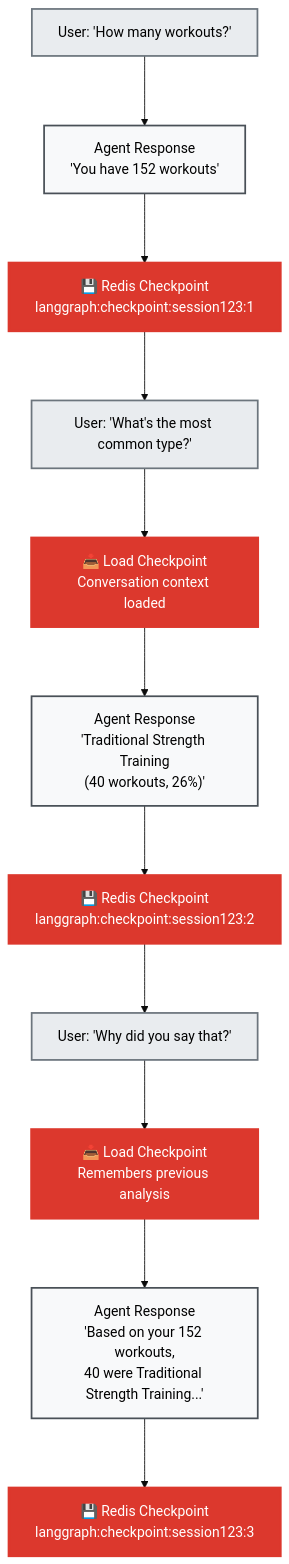
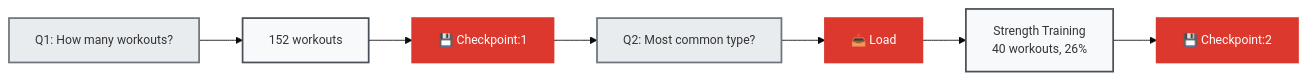
Before and after one commit to AllieRays/redis-wellness: the third of 3 diagrams in docs/SLIDE_MATERIAL.md, drawn with Mermaid.

````diff
--- a/docs/SLIDE_MATERIAL.md
+++ b/docs/SLIDE_MATERIAL.md
@@ -88,40 +88,18 @@
 ```mermaid
-%%{init: {'theme':'base', 'themeVariables': { 'fontSize':'16px', 'edgeLabelBackground':'#f8f9fa'}, 'flowchart': {'rankSpacing': 80, 'nodeSpacing': 40}}}%%
-flowchart TB
-    User["User: 'How many workouts?'"]
-    Agent1["Agent Response<br/>'You have 152 workouts'"]
-    Checkpoint1["💾 Redis Checkpoint<br/>langgraph:checkpoint:session123:1"]
+%%{init: {'theme':'base', 'themeVariables': { 'fontSize':'14px'}, 'flowchart': {'rankSpacing': 50, 'nodeSpacing': 30}}}%%
+flowchart LR
+    User1["Q1: How many workouts?"] --> Agent1["152 workouts"]
+    Agent1 --> CP1["💾 Checkpoint:1"]
+    CP1 --> User2["Q2: Most common type?"]
+    User2 --> Load1["📥 Load"]
+    Load1 --> Agent2["Strength Training<br/>40 workouts, 26%"]
+    Agent2 --> CP2["💾 Checkpoint:2"]
     
-    User2["User: 'What's the most common type?'"]
-    LoadCheckpoint["📥 Load Checkpoint<br/>Conversation context loaded"]
-    Agent2["Agent Response<br/>'Traditional Strength Training<br/>(40 workouts, 26%)'"]
-    Checkpoint2["💾 Redis Checkpoint<br/>langgraph:checkpoint:session123:2"]
-    
-    User3["User: 'Why did you say that?'"]
-    LoadCheckpoint2["📥 Load Checkpoint<br/>Remembers previous analysis"]
-    Agent3["Agent Response<br/>'Based on your 152 workouts,<br/>40 were Traditional Strength Training...'"]
-    Checkpoint3["💾 Redis Checkpoint<br/>langgraph:checkpoint:session123:3"]
-    
-    User --> Agent1
-    Agent1 --> Checkpoint1
-    Checkpoint1 --> User2
-    User2 --> LoadCheckpoint
-    LoadCheckpoint --> Agent2
-    Agent2 --> Checkpoint2
-    Checkpoint2 --> User3
-    User3 --> LoadCheckpoint2
-    LoadCheckpoint2 --> Agent3
-    Agent3 --> Checkpoint3
-    
-    style User fill:#e9ecef,stroke:#6c757d,stroke-width:2px,color:#000
-    style User2 fill:#e9ecef,stroke:#6c757d,stroke-width:2px,color:#000
-    style User3 fill:#e9ecef,stroke:#6c757d,stroke-width:2px,color:#000
-    style Agent1 fill:#f8f9fa,stroke:#495057,stroke-width:2px,color:#000
-    style Agent2 fill:#f8f9fa,stroke:#495057,stroke-width:2px,color:#000
-    style Agent3 fill:#f8f9fa,stroke:#495057,stroke-width:2px,color:#000
-    style Checkpoint1 fill:#dc382d,stroke:#dc382d,stroke-width:3px,color:#fff
-    style Checkpoint2 fill:#dc382d,stroke:#dc382d,stroke-width:3px,color:#fff
-    style Checkpoint3 fill:#dc382d,stroke:#dc382d,stroke-width:3px,color:#fff
-    style LoadCheckpoint fill:#dc382d,stroke:#dc382d,stroke-width:3px,color:#fff
-    style LoadCheckpoint2 fill:#dc382d,stroke:#dc382d,stroke-width:3px,color:#fff
+    style User1 fill:#e9ecef,stroke:#6c757d,stroke-width:2px
+    style User2 fill:#e9ecef,stroke:#6c757d,stroke-width:2px
+    style Agent1 fill:#f8f9fa,stroke:#495057,stroke-width:2px
+    style Agent2 fill:#f8f9fa,stroke:#495057,stroke-width:2px
+    style CP1 fill:#dc382d,stroke:#dc382d,stroke-width:2px,color:#fff
+    style CP2 fill:#dc382d,stroke:#dc382d,stroke-width:2px,color:#fff
+    style Load1 fill:#dc382d,stroke:#dc382d,stroke-width:2px,color:#fff
 ```
````
